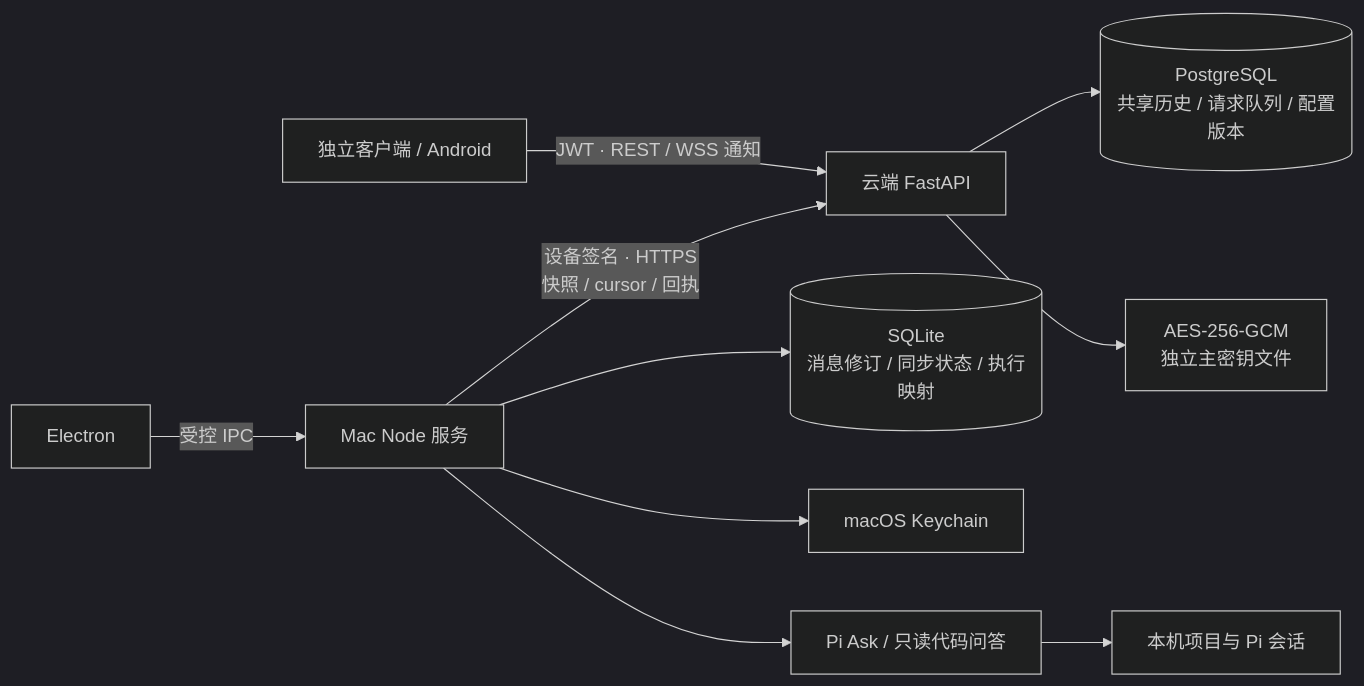
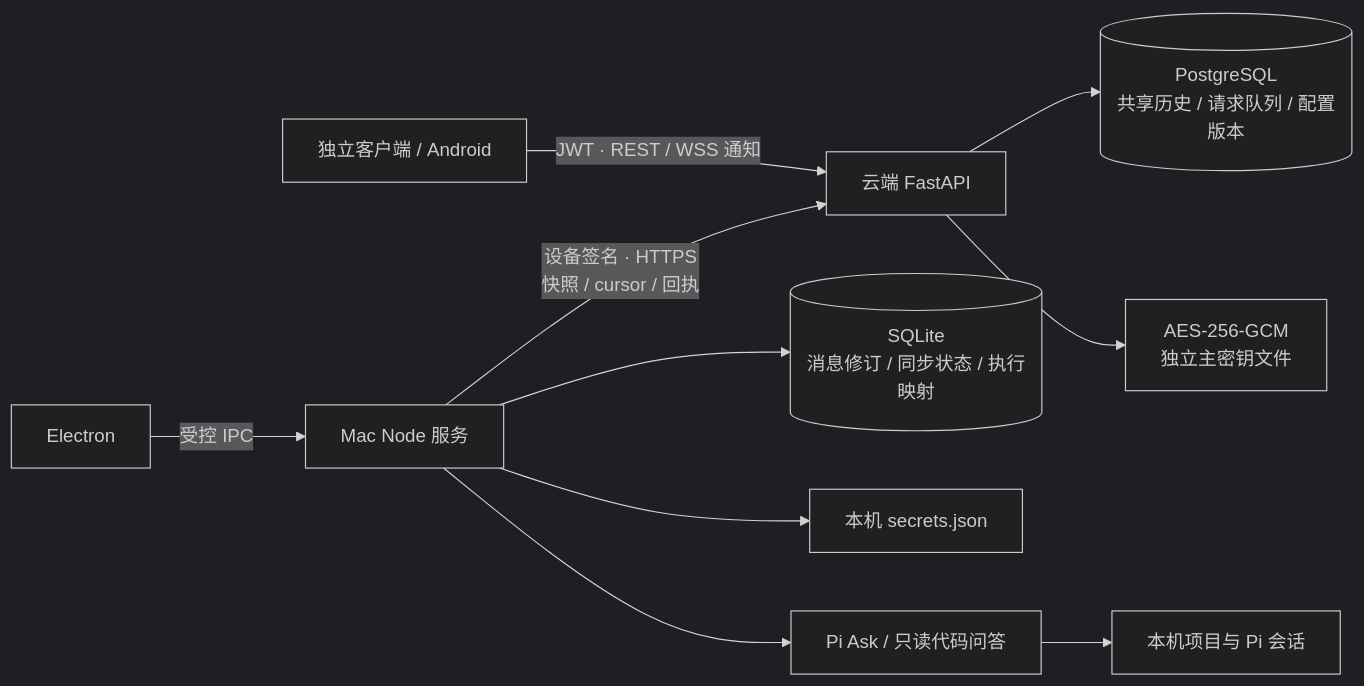
Before and after one commit to TYzzt/PI-BOT: the third of 6 diagrams in desktop/ARCHITECTURE.md, drawn with Mermaid (dark theme). The commit also changed other lines of this file and 162 other files, not shown here.

````diff
--- a/desktop/ARCHITECTURE.md
+++ b/desktop/ARCHITECTURE.md
@@ -397,16 +399,16 @@
 ```mermaid
 flowchart LR
     Client[独立客户端 / Android] -->|JWT · REST / WSS 通知| API[云端 FastAPI]
     API --> DB[(PostgreSQL
 共享历史 / 请求队列 / 配置版本)]
     API --> Vault[AES-256-GCM
 独立主密钥文件]
     Mac[Mac Node 服务] -->|设备签名 · HTTPS
 快照 / cursor / 回执| API
     UI[Electron] -->|受控 IPC| Mac
     Mac --> Local[(SQLite
 消息修订 / 同步状态 / 执行映射)]
-    Mac --> Keychain[macOS Keychain]
+    Mac --> Secrets[本机 secrets.json]
     Mac --> Pi[Pi Ask / 只读代码问答]
     Pi --> Context[本机项目与 Pi 会话]
 ```
````
